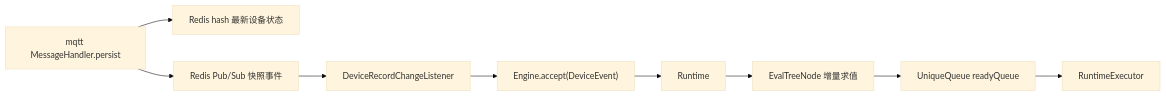
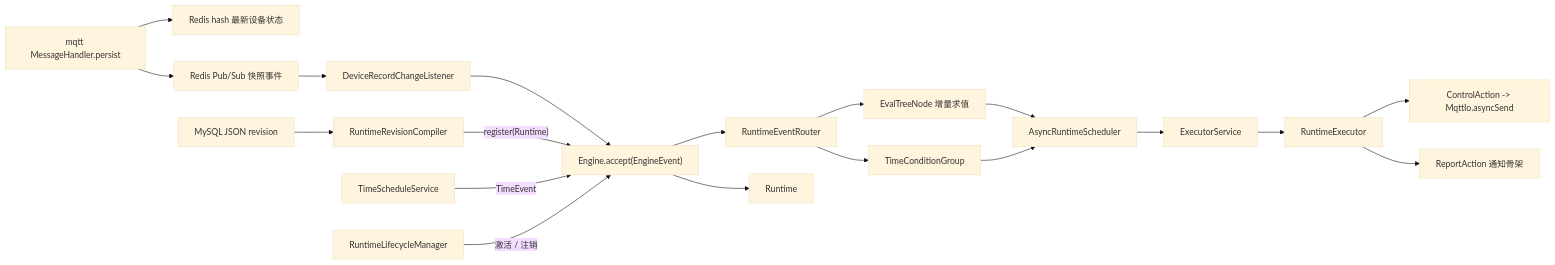
The first of 6 diagrams in docs/engine设计.md (NeoM-Coding/Labsystem), drawn with Mermaid (base theme) before and after one commit. The commit also changed other lines of this file and 50 other files, not shown here.

Commit message:
feat(engine): 对齐领域模型  补充runtime 生命周期管理能力  补充timeevent 定义  完成 time condition group 加入

````diff
--- a/docs/engine设计.md
+++ b/docs/engine设计.md
@@ -9,21 +9,40 @@
 ```mermaid
 flowchart LR
     MQTT["mqtt MessageHandler.persist"]
     Hash["Redis hash 最新设备状态"]
     PubSub["Redis Pub/Sub 快照事件"]
     Listener["DeviceRecordChangeListener"]
-    Engine["Engine.accept(DeviceEvent)"]
+    Revision["MySQL JSON revision"]
+    Compiler["RuntimeRevisionCompiler"]
+    TimeService["TimeScheduleService"]
+    Lifecycle["RuntimeLifecycleManager"]
+    Engine["Engine.accept(EngineEvent)"]
+    Router["RuntimeEventRouter"]
     Runtime["Runtime"]
     Eval["EvalTreeNode 增量求值"]
-    Queue["UniqueQueue readyQueue"]
+    TimeGroup["TimeConditionGroup"]
+    Scheduler["AsyncRuntimeScheduler"]
+    Pool["ExecutorService"]
     Executor["RuntimeExecutor"]
+    Control["ControlAction -> MqttIo.asyncSend"]
+    Report["ReportAction 通知骨架"]
 
     MQTT --> Hash
     MQTT --> PubSub
     PubSub --> Listener
     Listener --> Engine
+    Revision --> Compiler
+    Compiler -->|"register(Runtime)"| Engine
+    TimeService -->|"TimeEvent"| Engine
+    Lifecycle -->|"激活 / 注销"| Engine
+    Engine --> Router
     Engine --> Runtime
-    Runtime --> Eval
-    Eval --> Queue
-    Queue --> Executor
+    Router --> Eval
+    Router --> TimeGroup
+    Eval --> Scheduler
+    TimeGroup --> Scheduler
+    Scheduler --> Pool
+    Pool --> Executor
+    Executor --> Control
+    Executor --> Report
 ```
````
